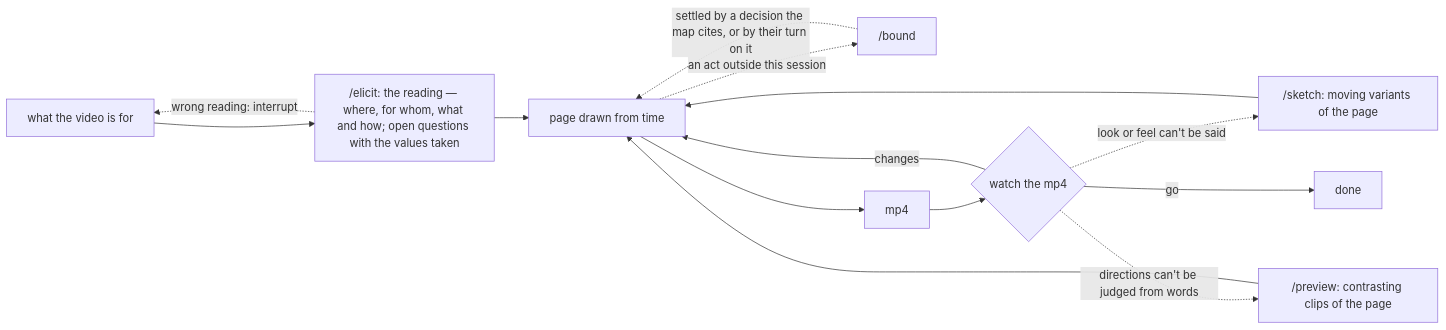
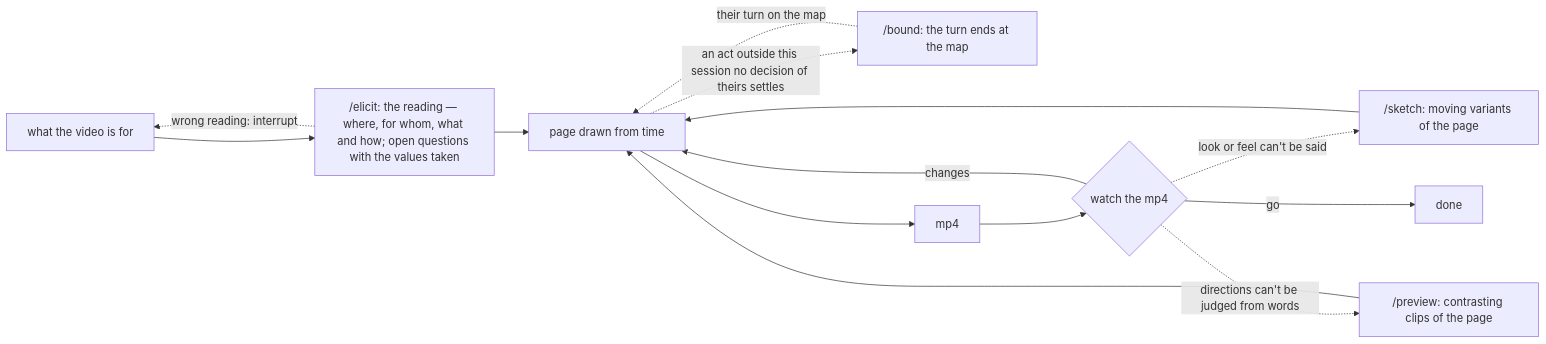
One commit to jongwony/cc-plugin changed the diagram in motion/README.md. Above: the diagram before and after it, drawn with Mermaid. The commit also changed other lines of this file and 2 other files, not shown here.

Commit message:
motion: bound an outward act by the decision that settles it, and call /bound only where none does (0.18.10)
Three round-7 findings on SKILL.md:57. "The act goes ahead" where a
cited decision settled it did not limit the act to what that decision
reaches (horismos DispositionSupported: an entrustment reaches what it
covers). /bound's own description excludes the case a source already
settles, so motion no longer opens a map there. And the turn that ends
at the map says the mp4 waits on it, since the first surface promised
an mp4.

Review-loop round 7 on PR #336 (code-review).

Claude-Session: https://claude.ai/code/session_01K8NVgTLWeeSS8Y9kn5Ps4m

````diff
--- a/motion/README.md
+++ b/motion/README.md
@@ -5,16 +5,16 @@
 ```mermaid
 flowchart LR
   A[what the video is for] --> B["/elicit: the reading — where, for whom, what and how; open questions with the values taken"]
   B -. wrong reading: interrupt .-> A
   B --> P[page drawn from time]
-  P -. an act outside this session .-> D["/bound"]
-  D -. settled by a decision the map cites, or by their turn on it .-> P
+  P -. an act outside this session no decision of theirs settles .-> D["/bound: the turn ends at the map"]
+  D -. their turn on the map .-> P
   P --> M[mp4]
   M --> W{watch the mp4}
   W -- changes --> P
   W -. look or feel can't be said .-> S["/sketch: moving variants of the page"]
   W -. directions can't be judged from words .-> V["/preview: contrasting clips of the page"]
   S --> P
   V --> P
   W -- go --> E[done]
 ```
````
